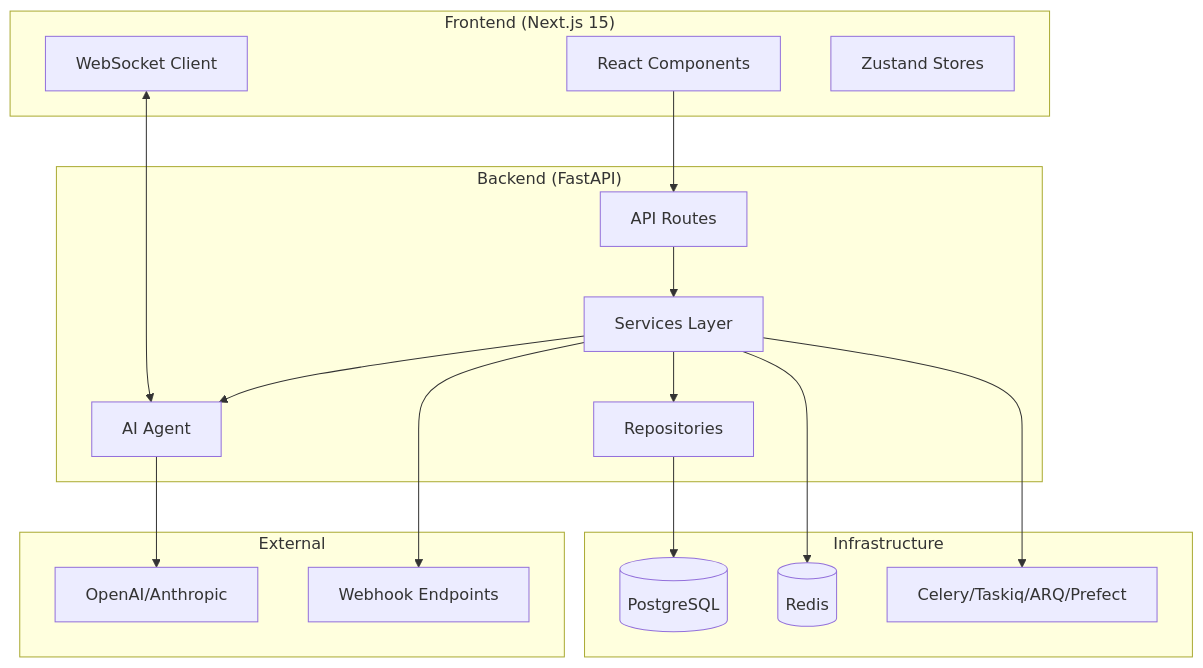
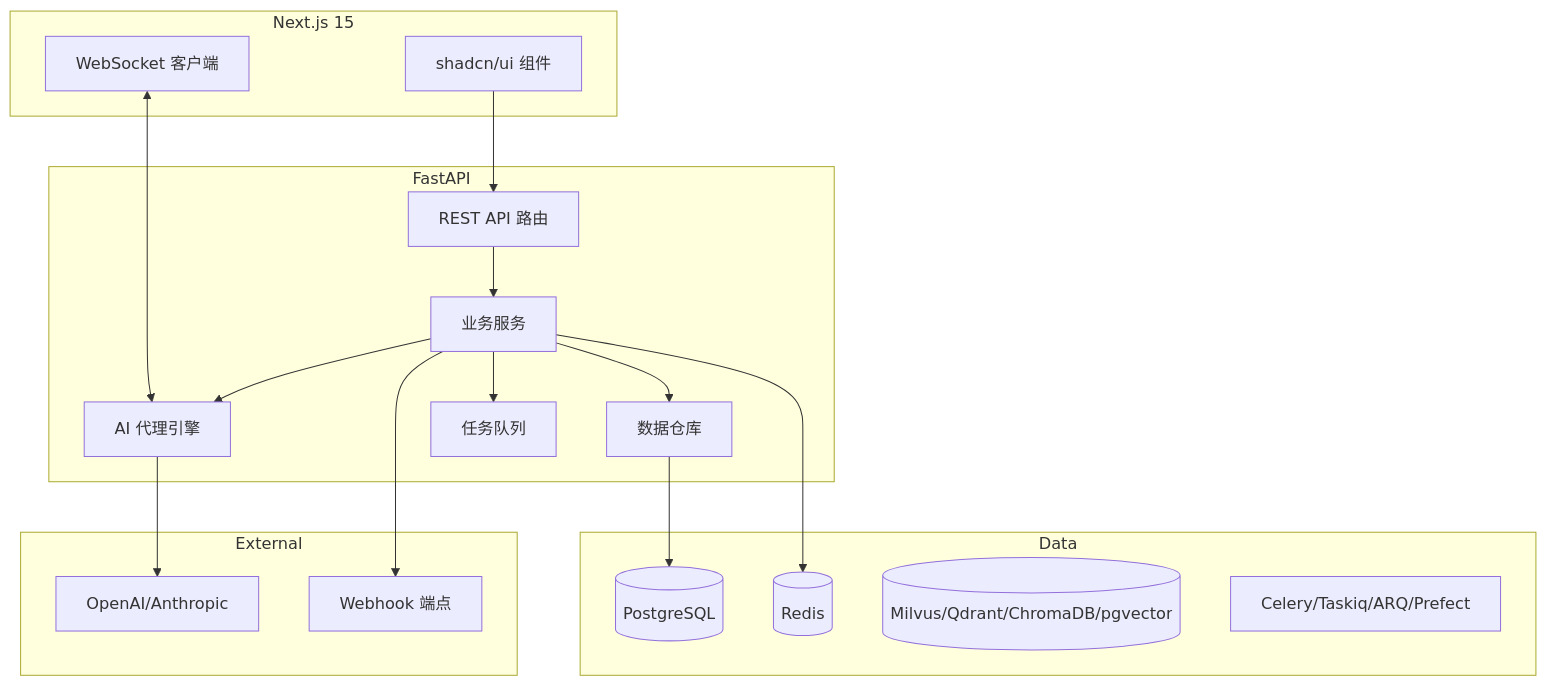
One commit to RaykieLee/framework-agent-python changed the first of 3 diagrams in README.md. Above: the diagram before and after it, drawn with Mermaid. The commit also changed other lines of this file and 76 other files, not shown here.

````diff
--- a/README.md
+++ b/README.md
@@ -827,37 +740,38 @@
 ```mermaid
 graph TB
-    subgraph Frontend["Frontend (Next.js 15)"]
-        UI[React Components]
-        WS[WebSocket Client]
-        Store[Zustand Stores]
+    subgraph Frontend [Next.js 15]
+        UI[shadcn/ui 组件]
+        WS[WebSocket 客户端]
     end
 
-    subgraph Backend["Backend (FastAPI)"]
-        API[API Routes]
-        Services[Services Layer]
-        Repos[Repositories]
-        Agent[AI Agent]
+    subgraph Backend [FastAPI]
+        API[REST API 路由]
+        Agent[AI 代理引擎]
+        Services[业务服务]
+        Repos[数据仓库]
+        Queue[任务队列]
     end
 
-    subgraph Infrastructure
+    subgraph Data
         DB[(PostgreSQL)]
         Redis[(Redis)]
-        Queue[Celery/Taskiq/ARQ/Prefect]
+        Vector[(Milvus/Qdrant/ChromaDB/pgvector)]
+        QueueStorage[Celery/Taskiq/ARQ/Prefect]
     end
 
     subgraph External
         LLM[OpenAI/Anthropic]
-        Webhook[Webhook Endpoints]
+        Webhook[Webhook 端点]
     end
 
     UI --> API
     WS <--> Agent
     API --> Services
     Services --> Repos
     Services --> Agent
     Repos --> DB
     Agent --> LLM
     Services --> Redis
     Services --> Queue
     Services --> Webhook
 ```
````
